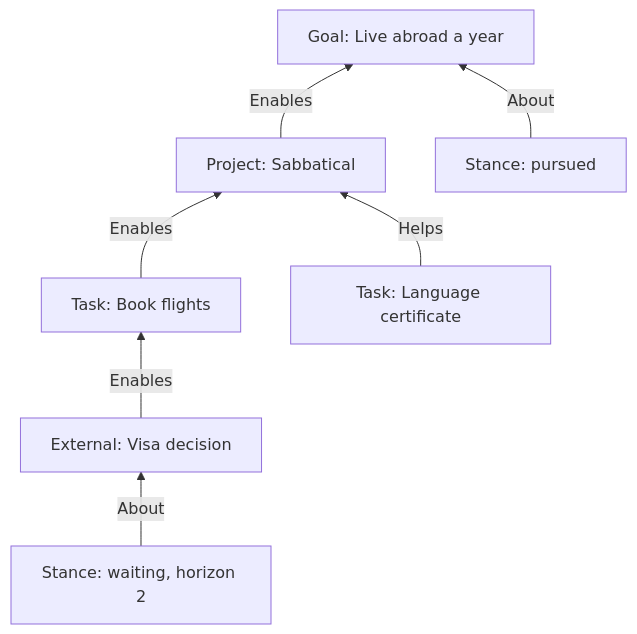
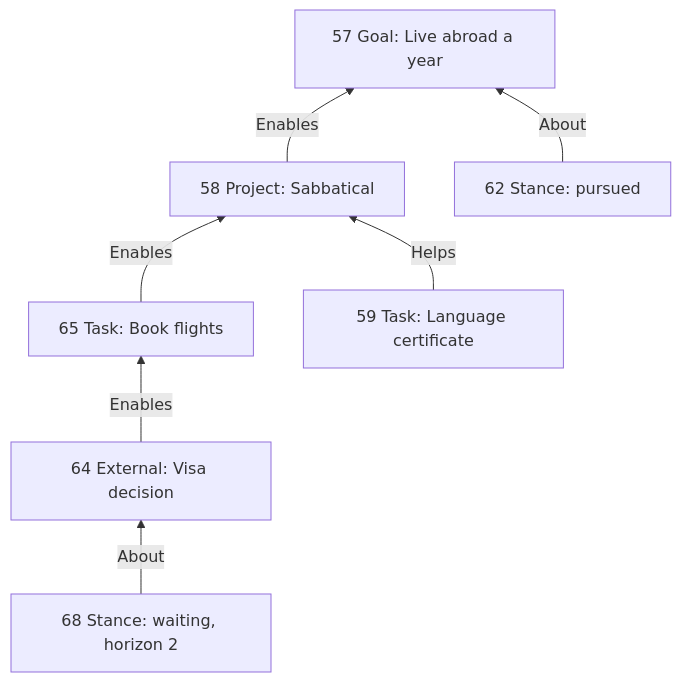
The tenth of 12 diagrams in docs/PLANNING-EXPLAINER.md (RezaOnGithub/lifecore), drawn with Mermaid before and after one commit. The commit also changed other lines of this file and 1 other file, not shown here.

````diff
--- a/docs/PLANNING-EXPLAINER.md
+++ b/docs/PLANNING-EXPLAINER.md
@@ -365,9 +983,9 @@
 ```mermaid
 flowchart BT
-    E["External: Visa decision"] -- Enables --> T["Task: Book flights"]
-    T -- Enables --> P["Project: Sabbatical"]
-    P -- Enables --> G["Goal: Live abroad a year"]
-    Q["Task: Language certificate"] -- Helps --> P
-    W["Stance: waiting, horizon 2"] -- About --> E
-    S["Stance: pursued"] -- About --> G
+    E["64 External: Visa decision"] -- Enables --> T["65 Task: Book flights"]
+    T -- Enables --> P["58 Project: Sabbatical"]
+    P -- Enables --> G["57 Goal: Live abroad a year"]
+    Q["59 Task: Language certificate"] -- Helps --> P
+    W["68 Stance: waiting, horizon 2"] -- About --> E
+    S["62 Stance: pursued"] -- About --> G
 ```
````
